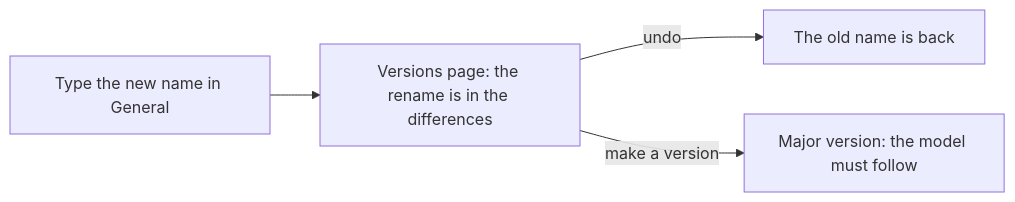
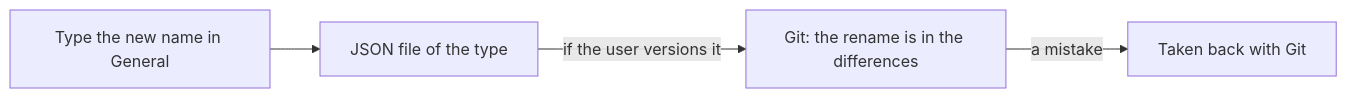
Diagram 15 of 51 in metadata/draft.md (AlexandreGallais/synoptic-studio-spec), drawn with Mermaid before and after one commit. The commit also changed other lines of this file and 4 other files, not shown here.

````diff
--- a/metadata/draft.md
+++ b/metadata/draft.md
@@ -294,6 +294,6 @@
 ```mermaid
 flowchart LR
-    A["Type the new name in General"] --> B["Versions page: the rename is in the differences"]
-    B -->|"undo"| U["The old name is back"]
-    B -->|"make a version"| V["Major version: the model must follow"]
+    A["Type the new name in General"] --> F["JSON file of the type"]
+    F -->|"if the user versions it"| G["Git: the rename is in the differences"]
+    G -->|"a mistake"| U["Taken back with Git"]
 ```
````
